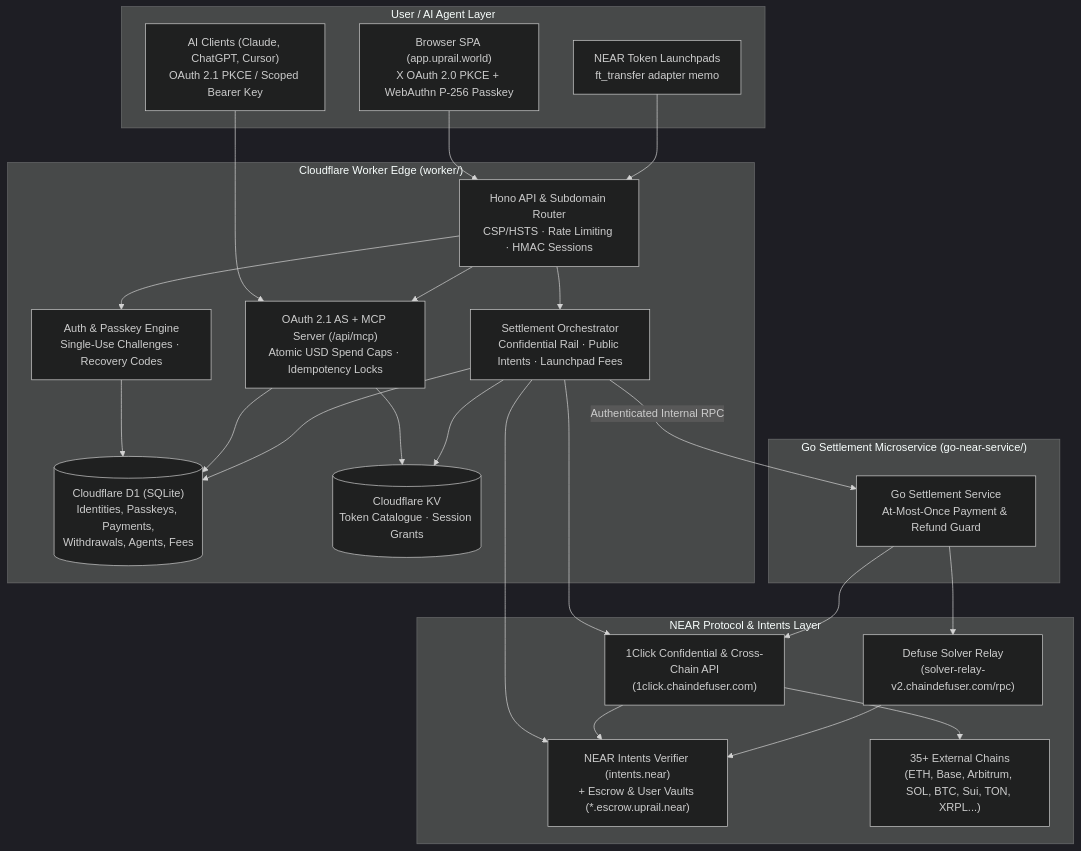
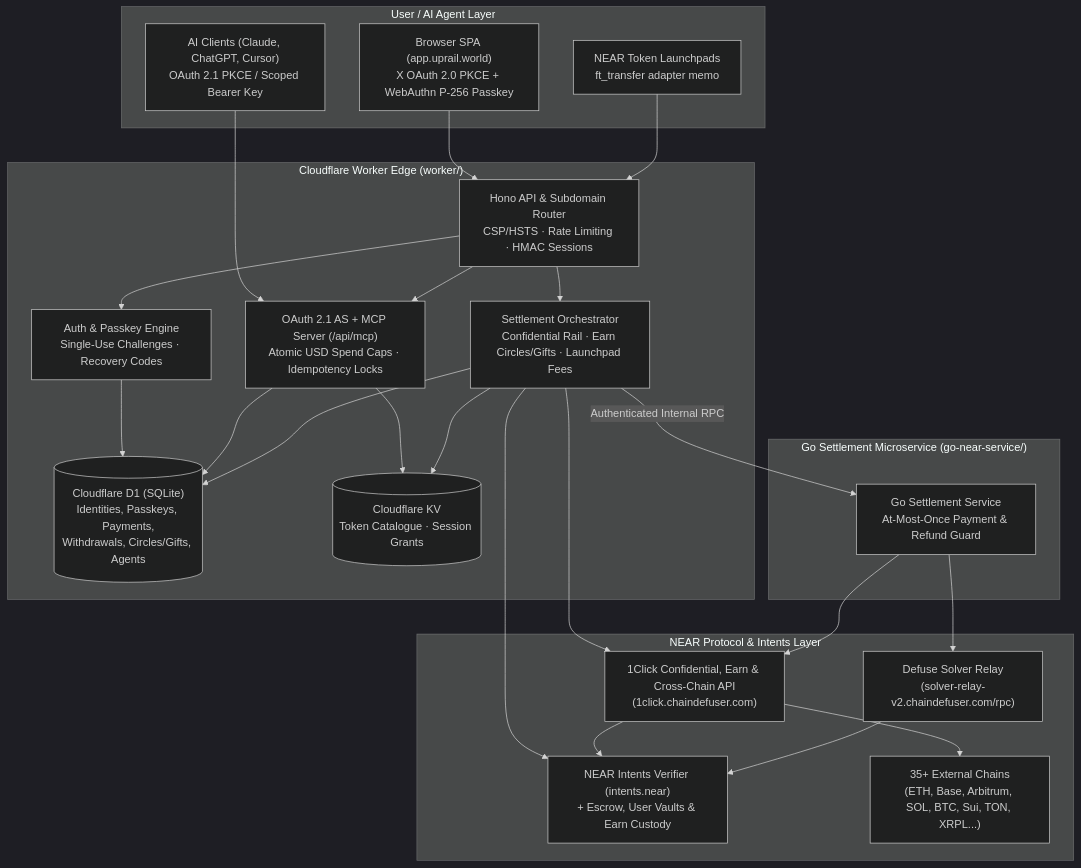
One commit to iJ03l/UPRAIL changed the diagram in README.md. Above: the diagram before and after it, drawn with Mermaid (dark theme). The commit also changed other lines of this file, not shown here.

Commit message:
docs(readme): align landing ecosystem pitch, @xy63ry0rx coffee links, Circles/Gifting flow, and Node 22 note

````diff
--- a/README.md
+++ b/README.md
@@ -303,48 +304,48 @@
 ```mermaid
 flowchart TD
     subgraph Client["User / AI Agent Layer"]
         Browser["Browser SPA (app.uprail.world)<br/>X OAuth 2.0 PKCE + WebAuthn P-256 Passkey"]
         AIAgent["AI Clients (Claude, ChatGPT, Cursor)<br/>OAuth 2.1 PKCE / Scoped Bearer Key"]
         Launchpad["NEAR Token Launchpads<br/>ft_transfer adapter memo"]
     end
 
     subgraph Edge["Cloudflare Worker Edge (worker/)"]
         Router["Hono API & Subdomain Router<br/>CSP/HSTS · Rate Limiting · HMAC Sessions"]
         Auth["Auth & Passkey Engine<br/>Single-Use Challenges · Recovery Codes"]
         AgentMCP["OAuth 2.1 AS + MCP Server (/api/mcp)<br/>Atomic USD Spend Caps · Idempotency Locks"]
-        Rail["Settlement Orchestrator<br/>Confidential Rail · Public Intents · Launchpad Fees"]
-        D1[("Cloudflare D1 (SQLite)<br/>Identities, Passkeys, Payments,<br/>Withdrawals, Agents, Fees")]
+        Rail["Settlement Orchestrator<br/>Confidential Rail · Earn Circles/Gifts · Launchpad Fees"]
+        D1[("Cloudflare D1 (SQLite)<br/>Identities, Passkeys, Payments,<br/>Withdrawals, Circles/Gifts, Agents")]
         KV[("Cloudflare KV<br/>Token Catalogue · Session Grants")]
     end
 
     subgraph Settlement["Go Settlement Microservice (go-near-service/)"]
         GoSvc["Go Settlement Service<br/>At-Most-Once Payment & Refund Guard"]
     end
 
     subgraph NEAR["NEAR Protocol & Intents Layer"]
-        OneClick["1Click Confidential & Cross-Chain API<br/>(1click.chaindefuser.com)"]
+        OneClick["1Click Confidential, Earn & Cross-Chain API<br/>(1click.chaindefuser.com)"]
         Solver["Defuse Solver Relay<br/>(solver-relay-v2.chaindefuser.com/rpc)"]
-        IntentsContract["NEAR Intents Verifier (intents.near)<br/>+ Escrow & User Vaults (*.escrow.uprail.near)"]
+        IntentsContract["NEAR Intents Verifier (intents.near)<br/>+ Escrow, User Vaults & Earn Custody"]
         DestChains["35+ External Chains<br/>(ETH, Base, Arbitrum, SOL, BTC, Sui, TON, XRPL...)"]
     end
 
     Browser --> Router
     AIAgent --> AgentMCP
     Launchpad --> Router
     Router --> Auth
     Router --> AgentMCP
     Router --> Rail
     Auth --> D1
     AgentMCP --> D1
     AgentMCP --> KV
     Rail --> D1
     Rail --> KV
     Rail -- "Authenticated Internal RPC" --> GoSvc
     Rail --> OneClick
     Rail --> IntentsContract
     GoSvc --> OneClick
     GoSvc --> Solver
     OneClick --> IntentsContract
     Solver --> IntentsContract
     OneClick --> DestChains
 ```
````
